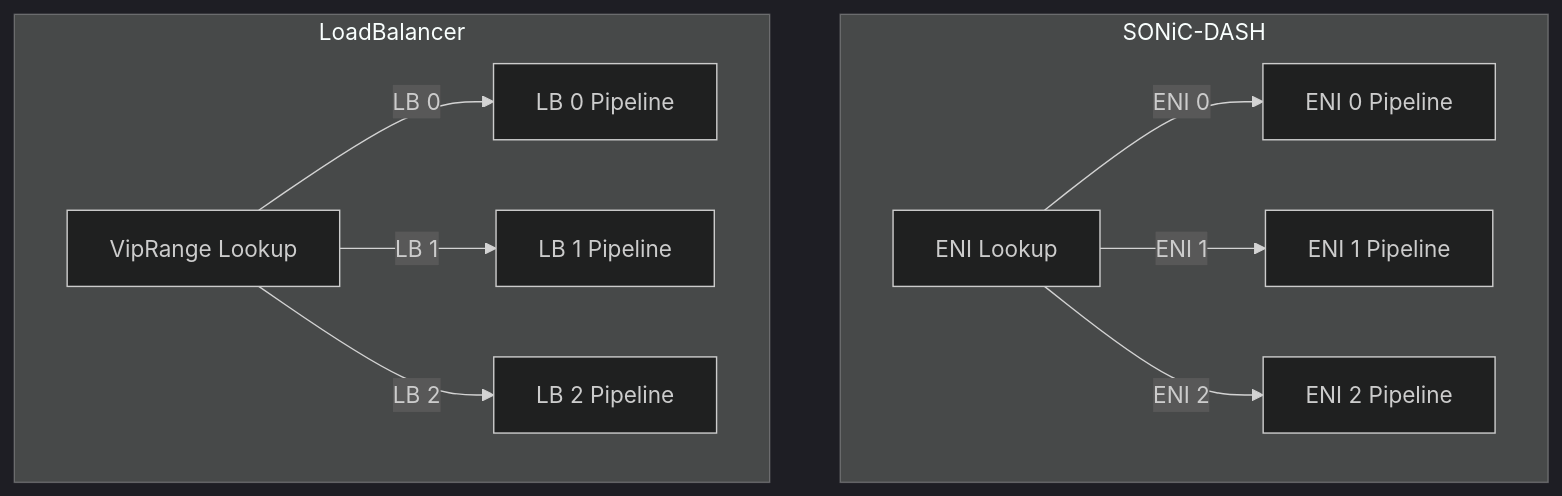
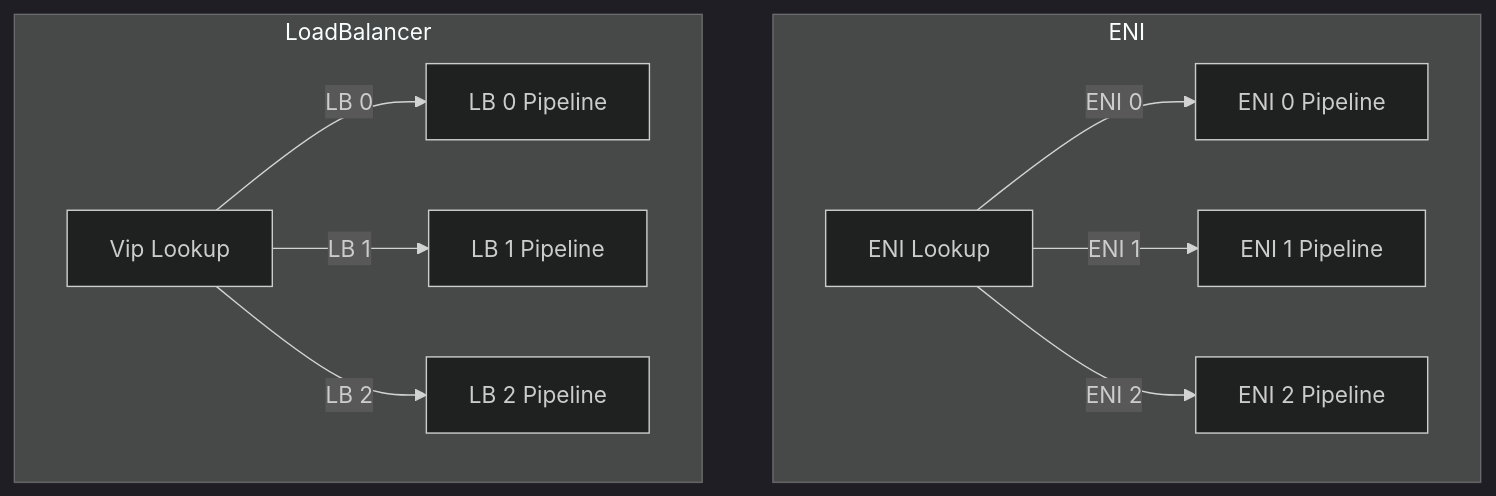
The second of 5 diagrams in documentation/general/dash-sai-pipeline-packet-flow.md (sonic-net/DASH), drawn with Mermaid (dark theme) before and after one commit. The commit also changed other lines of this file, not shown here.

````diff
--- a/documentation/general/dash-sai-pipeline-packet-flow.md
+++ b/documentation/general/dash-sai-pipeline-packet-flow.md
@@ -125,26 +134,26 @@
 ```mermaid
 flowchart TD
-    subgraph SONiC-DASH
+    subgraph ENI
         EL[ENI Lookup]
 
         EP0[ENI 0 Pipeline]
         EP1[ENI 1 Pipeline]
         EP2[ENI 2 Pipeline]
     end
 
     subgraph LoadBalancer
-        VL[VipRange Lookup]
+        VL[Vip Lookup]
 
         LBP0[LB 0 Pipeline]
         LBP1[LB 1 Pipeline]
         LBP2[LB 2 Pipeline]
     end
 
     EL --> |ENI 0| EP0
     EL --> |ENI 1| EP1
     EL --> |ENI 2| EP2
 
     VL --> |LB 0| LBP0
     VL --> |LB 1| LBP1
     VL --> |LB 2| LBP2
 ```
````
